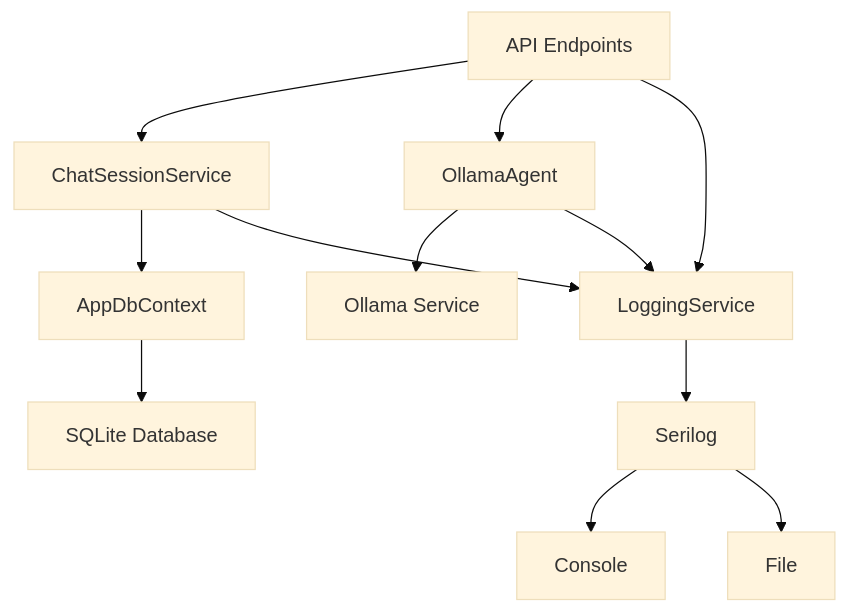
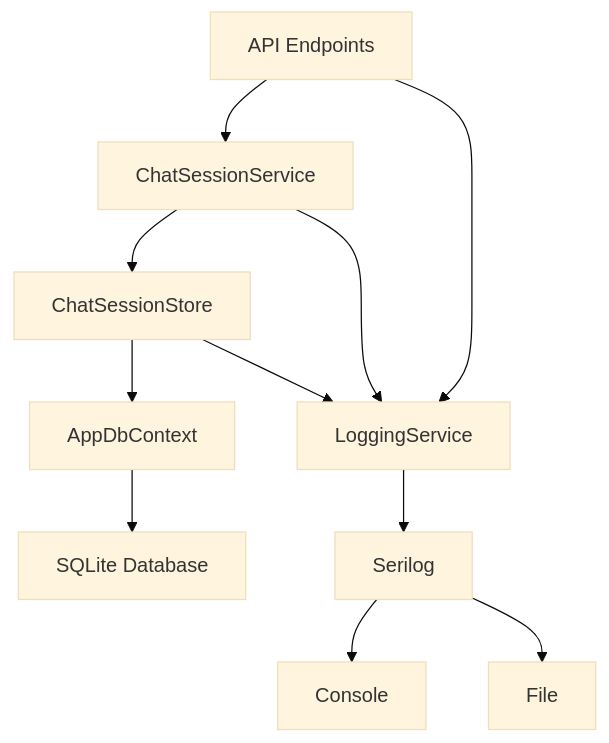
One commit to vinhthuy2/LlmChat changed the diagram in memory-bank/systemPatterns.md. Above: the diagram before and after it, drawn with Mermaid (base theme). The commit also changed other lines of this file and 14 other files, not shown here.

````diff
--- a/memory-bank/systemPatterns.md
+++ b/memory-bank/systemPatterns.md
@@ -49,14 +54,13 @@
 ```mermaid
 graph TD
     A[API Endpoints] --> B[ChatSessionService]
-    A --> C[OllamaAgent]
-    B --> D[AppDbContext]
-    C --> E[Ollama Service]
-    D --> F[SQLite Database]
-    A --> G[LoggingService]
-    B --> G
-    C --> G
-    G --> H[Serilog]
-    H --> I[Console]
-    H --> J[File]
+    B --> C[ChatSessionStore]
+    C --> D[AppDbContext]
+    D --> E[SQLite Database]
+    A --> F[LoggingService]
+    B --> F
+    C --> F
+    F --> G[Serilog]
+    G --> H[Console]
+    G --> I[File]
 ```
````
